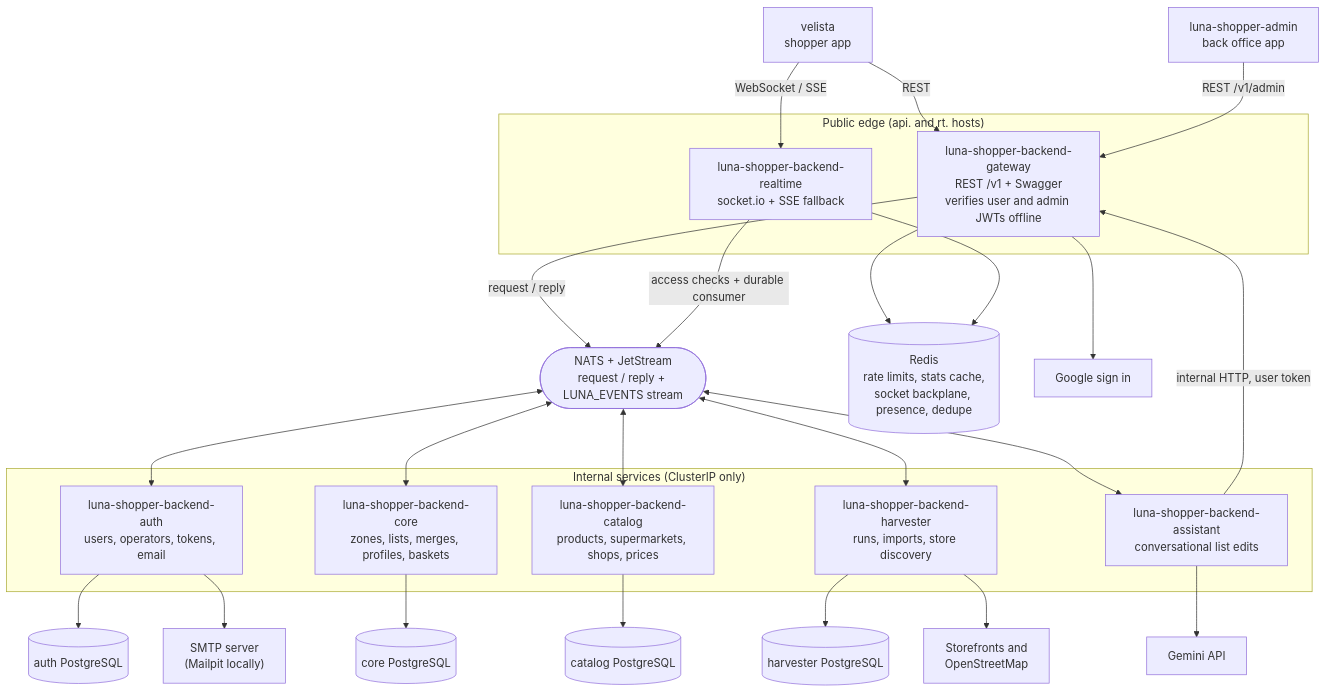
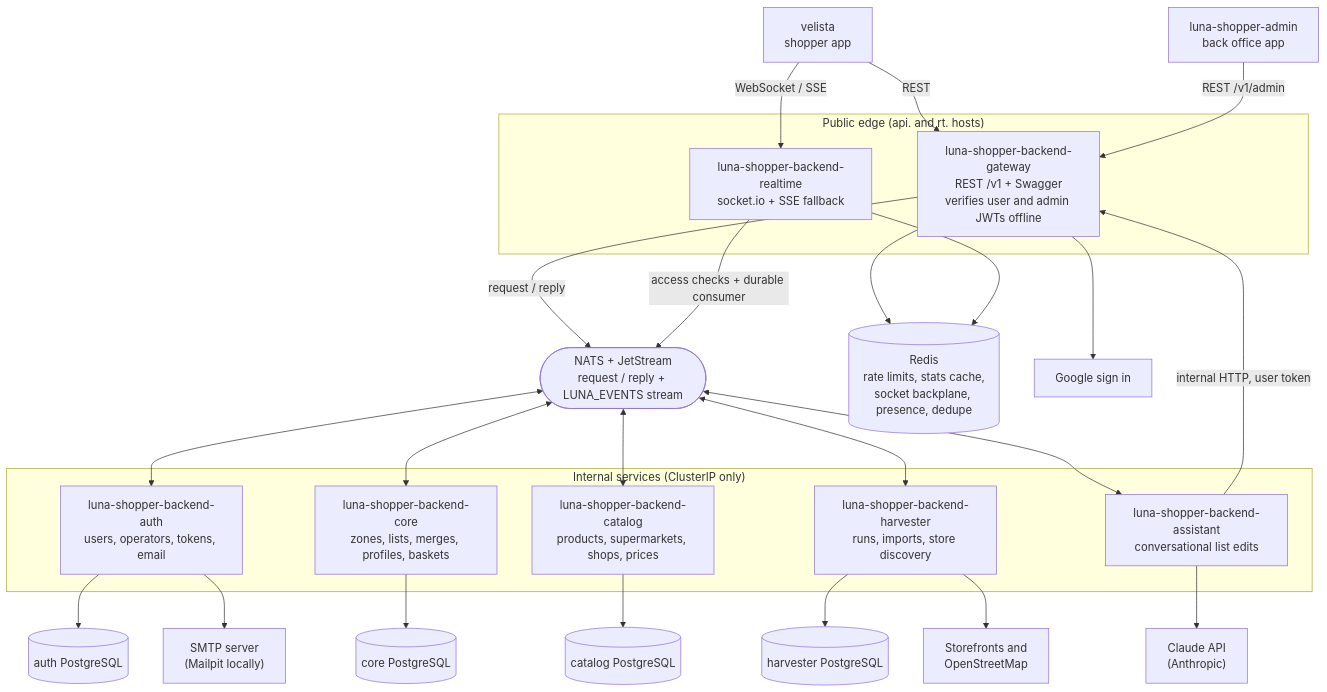
One commit to IchirokuXVI/nx-portfolio changed the first of 3 diagrams in apps/luna-shopper-backend/gateway/docs/architecture.md. Above: the diagram before and after it, drawn with Mermaid. The commit also changed other lines of this file and 11 other files, not shown here.

````diff
--- a/apps/luna-shopper-backend/gateway/docs/architecture.md
+++ b/apps/luna-shopper-backend/gateway/docs/architecture.md
@@ -13,57 +13,57 @@
 ```mermaid
 flowchart TB
     velista["velista<br/>shopper app"]
     admin["luna-shopper-admin<br/>back office app"]
 
     subgraph edge["Public edge (api. and rt. hosts)"]
         gateway["luna-shopper-backend-gateway<br/>REST /v1 + Swagger<br/>verifies user and admin JWTs offline"]
         realtime["luna-shopper-backend-realtime<br/>socket.io + SSE fallback"]
     end
 
     broker(["NATS + JetStream<br/>request / reply + LUNA_EVENTS stream"])
     redis[("Redis<br/>rate limits, stats cache,<br/>socket backplane, presence, dedupe")]
 
     subgraph domain["Internal services (ClusterIP only)"]
         auth["luna-shopper-backend-auth<br/>users, operators, tokens, email"]
         core["luna-shopper-backend-core<br/>zones, lists, merges, profiles, baskets"]
         catalog["luna-shopper-backend-catalog<br/>products, supermarkets, shops, prices"]
         harvester["luna-shopper-backend-harvester<br/>runs, imports, store discovery"]
         assistant["luna-shopper-backend-assistant<br/>conversational list edits"]
     end
 
     authdb[("auth PostgreSQL")]
     coredb[("core PostgreSQL")]
     catalogdb[("catalog PostgreSQL")]
     harvesterdb[("harvester PostgreSQL")]
 
     smtp["SMTP server<br/>(Mailpit locally)"]
     google["Google sign in"]
     sources["Storefronts and<br/>OpenStreetMap"]
-    gemini["Gemini API"]
+    claude["Claude API<br/>(Anthropic)"]
 
     velista -->|"REST"| gateway
     velista -->|"WebSocket / SSE"| realtime
     admin -->|"REST /v1/admin"| gateway
 
     gateway -->|"request / reply"| broker
     realtime -->|"access checks + durable consumer"| broker
     gateway --> redis
     realtime --> redis
 
     broker <--> auth
     broker <--> core
     broker <--> catalog
     broker <--> harvester
     broker <--> assistant
 
     auth --> authdb
     core --> coredb
     catalog --> catalogdb
     harvester --> harvesterdb
 
     auth --> smtp
     gateway --> google
     harvester --> sources
-    assistant --> gemini
+    assistant --> claude
     assistant -->|"internal HTTP, user token"| gateway
 ```
````
